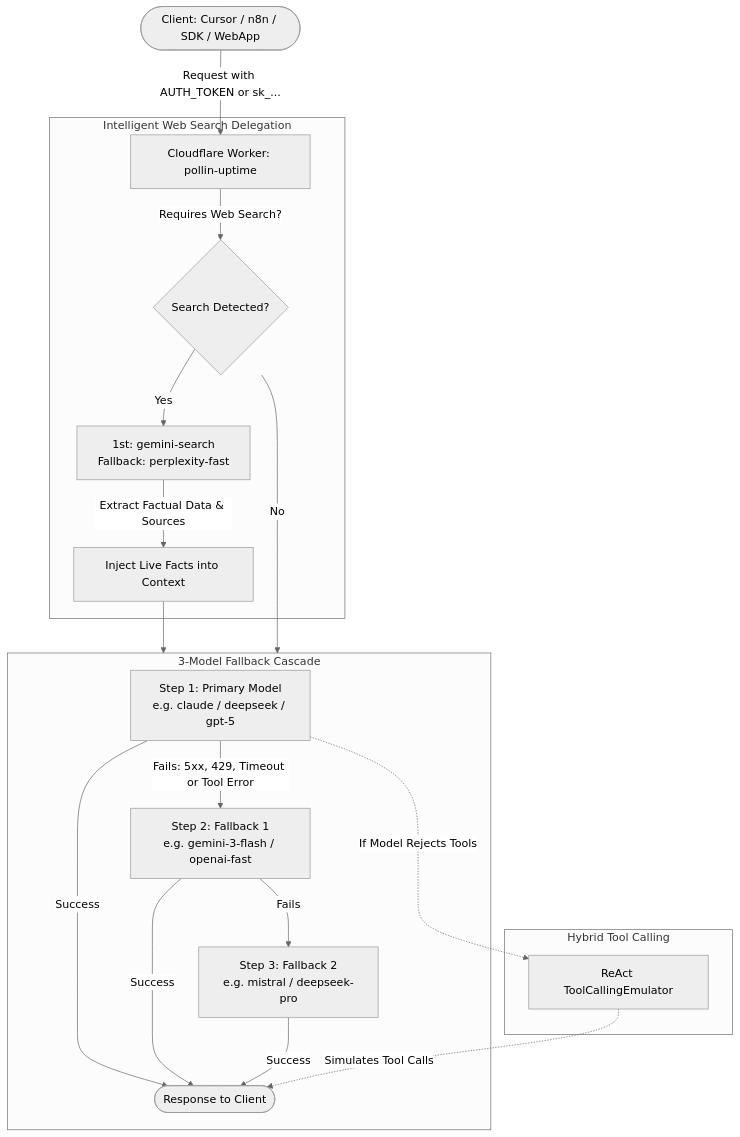
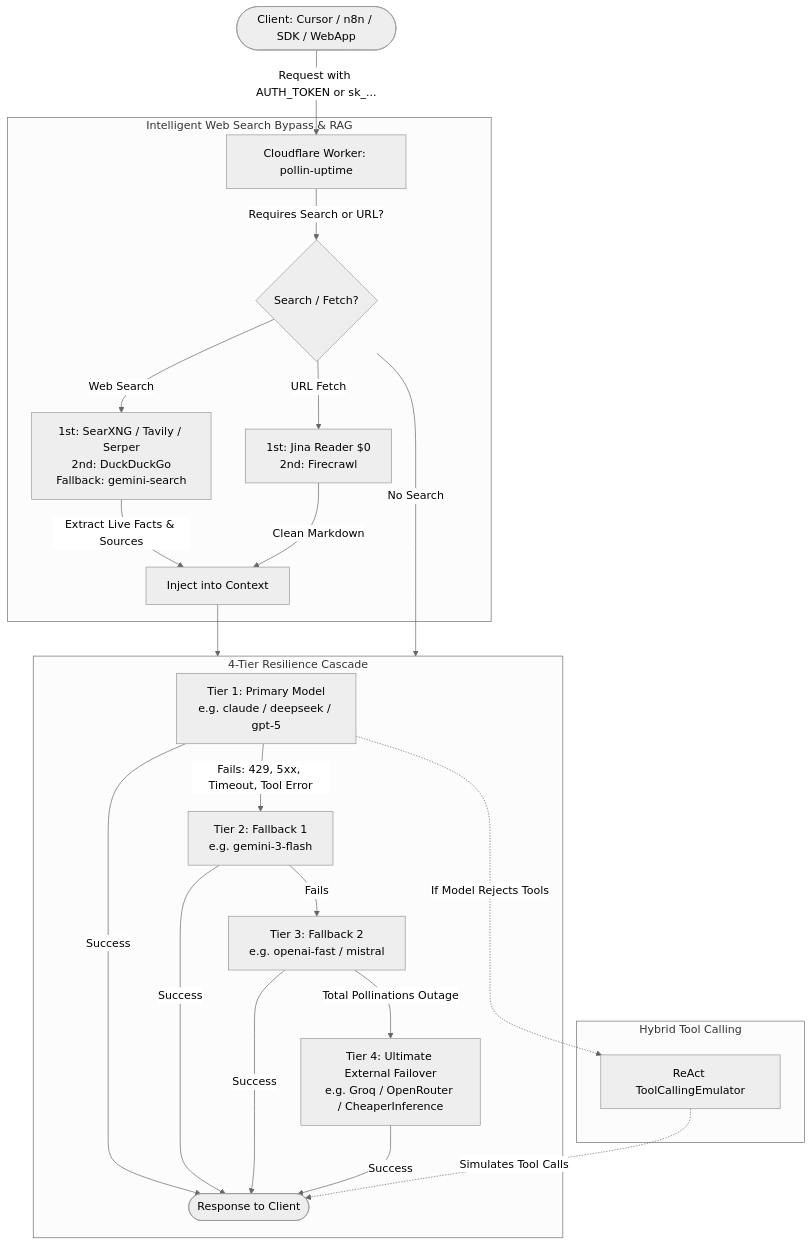
Before and after one commit to samucamg/pollin-uptime: the diagram in README.md, drawn with Mermaid (neutral theme). The commit also changed other lines of this file and 14 other files, not shown here.

Commit message:
feat: complete endpoint matrix, SearXNG docker deploy and free-tier web search slots

````diff
--- a/README.md
+++ b/README.md
@@ -33,31 +33,38 @@
 ```mermaid
 flowchart TD
     Client([Client: Cursor / n8n / SDK / WebApp]) -->|Request with AUTH_TOKEN or sk_...| Gateway[Cloudflare Worker: pollin-uptime]
     
-    subgraph WebSearchFlow [Intelligent Web Search Delegation]
-        Gateway -->|Requires Web Search?| SearchRoute{Search Detected?}
-        SearchRoute -->|Yes| CheapSearch[1st: gemini-search
-Fallback: perplexity-fast]
-        CheapSearch -->|Extract Factual Data & Sources| Enrich[Inject Live Facts into Context]
+    subgraph WebSearchFlow [Intelligent Web Search Bypass & RAG]
+        Gateway -->|Requires Search or URL?| SearchRoute{Search / Fetch?}
+        SearchRoute -->|Web Search| SearchSlots[1st: SearXNG / Tavily / Serper
+2nd: DuckDuckGo
+Fallback: gemini-search]
+        SearchRoute -->|URL Fetch| FetchSlots[1st: Jina Reader $0
+2nd: Firecrawl]
+        SearchSlots -->|Extract Live Facts & Sources| Enrich[Inject into Context]
+        FetchSlots -->|Clean Markdown| Enrich
     end
 
     Enrich --> ModelCascade
-    SearchRoute -->|No| ModelCascade
+    SearchRoute -->|No Search| ModelCascade
 
-    subgraph ModelCascade [3-Model Fallback Cascade]
-        M1[Step 1: Primary Model
+    subgraph ModelCascade [4-Tier Resilience Cascade]
+        M1[Tier 1: Primary Model
 e.g. claude / deepseek / gpt-5]
         M1 -->|Success| Finish([Response to Client])
-        M1 -->|Fails: 5xx, 429, Timeout or Tool Error| M2[Step 2: Fallback 1
-e.g. gemini-3-flash / openai-fast]
+        M1 -->|Fails: 429, 5xx, Timeout, Tool Error| M2[Tier 2: Fallback 1
+e.g. gemini-3-flash]
         M2 -->|Success| Finish
-        M2 -->|Fails| M3[Step 3: Fallback 2
-e.g. mistral / deepseek-pro]
+        M2 -->|Fails| M3[Tier 3: Fallback 2
+e.g. openai-fast / mistral]
         M3 -->|Success| Finish
+        M3 -->|Total Pollinations Outage| Ext[Tier 4: Ultimate External Failover
+e.g. Groq / OpenRouter / CheaperInference]
+        Ext -->|Success| Finish
     end
 
     subgraph ToolEmulator [Hybrid Tool Calling]
         M1 -.->|If Model Rejects Tools| ToolMock[ReAct ToolCallingEmulator]
         ToolMock -.->|Simulates Tool Calls| Finish
     end
 ```
````
